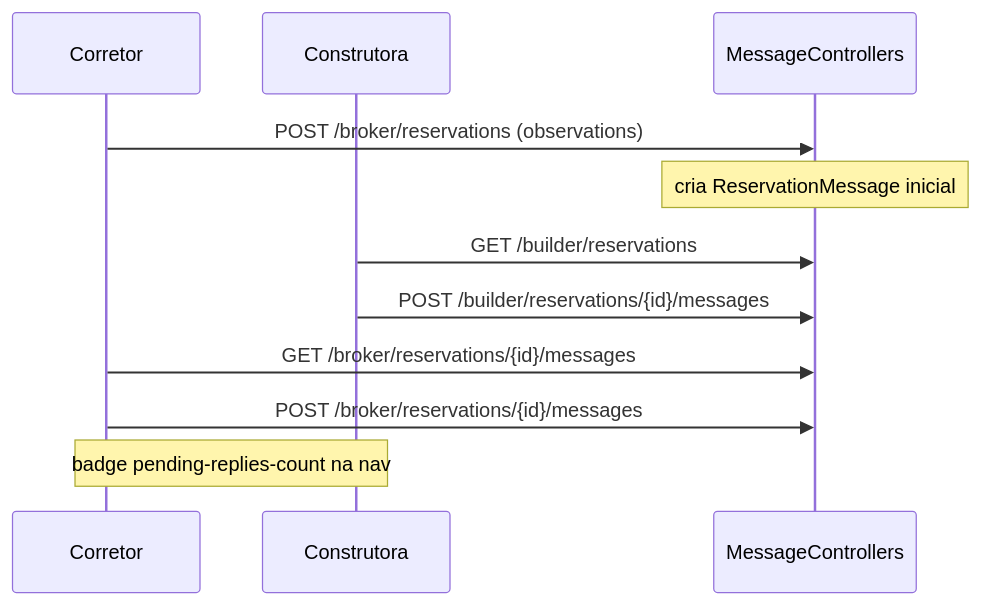
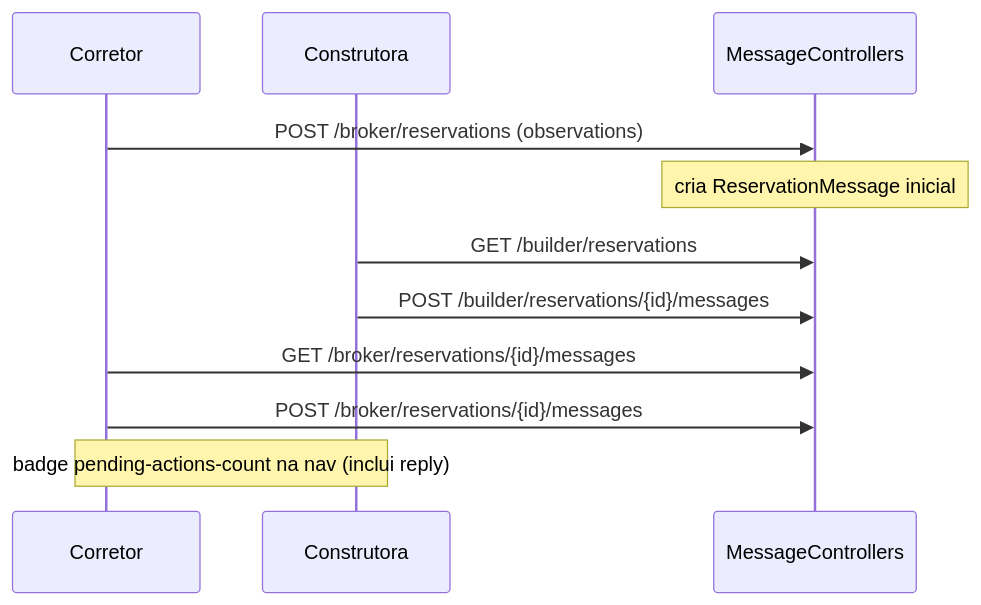
One commit to laerciocrestani/oportalimobiliario changed the fourth of 9 diagrams in .specs/codebase/FLOWS.md. Above: the diagram before and after it, drawn with Mermaid. The commit also changed other lines of this file and 141 other files, not shown here.

````diff
--- a/.specs/codebase/FLOWS.md
+++ b/.specs/codebase/FLOWS.md
@@ -115,14 +116,14 @@
 ```mermaid
 sequenceDiagram
     participant Brk as Corretor
     participant Bld as Construtora
     participant API as MessageControllers
 
     Brk->>API: POST /broker/reservations (observations)
     Note over API: cria ReservationMessage inicial
     Bld->>API: GET /builder/reservations
     Bld->>API: POST /builder/reservations/{id}/messages
     Brk->>API: GET /broker/reservations/{id}/messages
     Brk->>API: POST /broker/reservations/{id}/messages
-    Note over Bld,Brk: badge pending-replies-count na nav
+    Note over Bld,Brk: badge pending-actions-count na nav (inclui reply)
 ```
````
